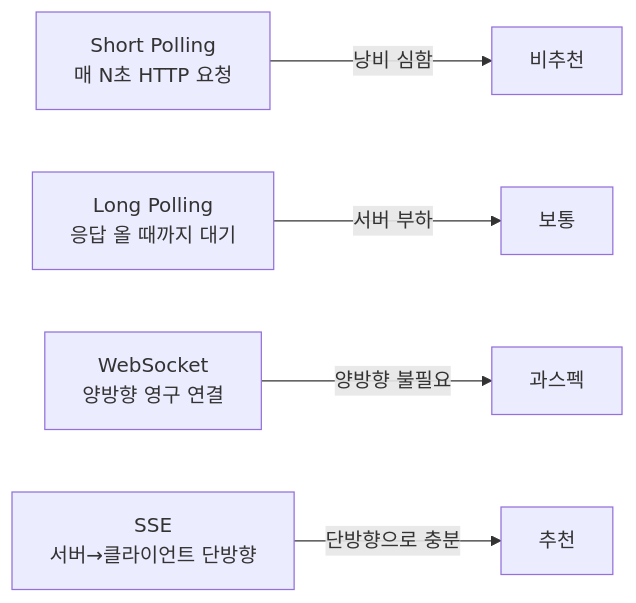
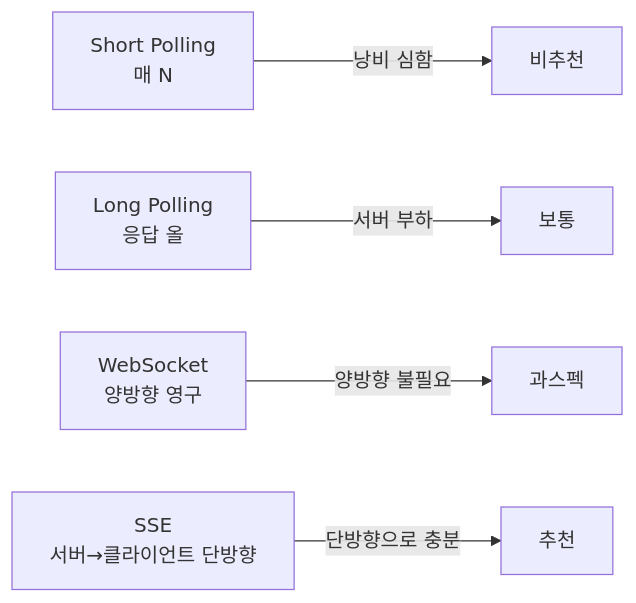
One commit to yjkim2015/yjkim2015.github.io changed the fifth of 8 diagrams in _posts/systemdesign/2026-05-03-system-design-file-storage.md. Above: the diagram before and after it, drawn with Mermaid. The commit also changed other lines of this file and 271 other files, not shown here.

First line of the commit message:
Mermaid 라벨 축소: 긴 노드 텍스트 18자 이하로 트림 + \n 제거

````diff
--- a/_posts/systemdesign/2026-05-03-system-design-file-storage.md
+++ b/_posts/systemdesign/2026-05-03-system-design-file-storage.md
@@ -411,11 +411,11 @@
 ```mermaid
 graph LR
-    A["Short Polling\n매 N초 HTTP 요청"]
-    B["Long Polling\n응답 올 때까지 대기"]
-    C["WebSocket\n양방향 영구 연결"]
+    A["Short Polling\n매 N"]
+    B["Long Polling\n응답 올"]
+    C["WebSocket\n양방향 영구"]
     D["SSE\n서버→클라이언트 단방향"]
     A -->|"낭비 심함"| X["비추천"]
     B -->|"서버 부하"| Y["보통"]
     C -->|"양방향 불필요"| Z["과스펙"]
     D -->|"단방향으로 충분"| W["추천"]
 ```
````
